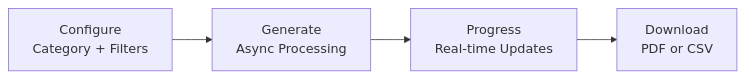
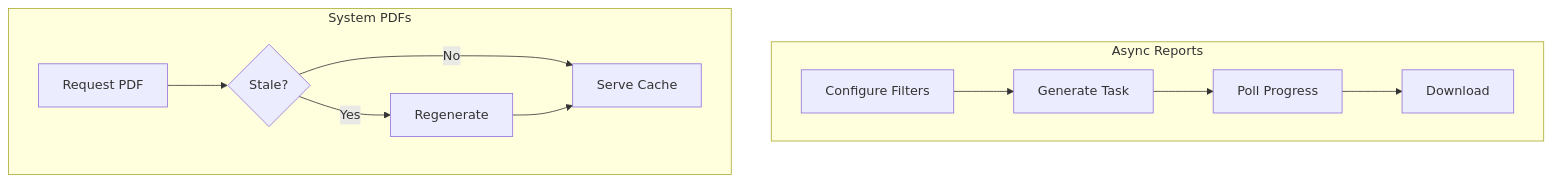
The diagram in documentation/6.5 Generate Reports and PDFs.md (openTdataCH/stop_sync_osm_atlas), drawn with Mermaid before and after one commit. The commit also changed other lines of this file and 5 other files, not shown here.

````diff
--- a/documentation/6.5 Generate Reports and PDFs.md
+++ b/documentation/6.5 Generate Reports and PDFs.md
@@ -5,6 +5,15 @@
 ```mermaid
-flowchart LR
-    C[Configure<br/>Category + Filters] --> G[Generate<br/>Async Processing]
-    G --> P[Progress<br/>Real-time Updates]
-    P --> D[Download<br/>PDF or CSV]
+flowchart TD
+    subgraph Async [Async Reports]
+        C[Configure Filters] --> G[Generate Task]
+        G --> P[Poll Progress]
+        P --> D[Download]
+    end
+
+    subgraph Sync [System PDFs]
+        Req[Request PDF] --> Check{Stale?}
+        Check -->|Yes| Regen[Regenerate]
+        Check -->|No| Serve[Serve Cache]
+        Regen --> Serve
+    end
 ```
````
